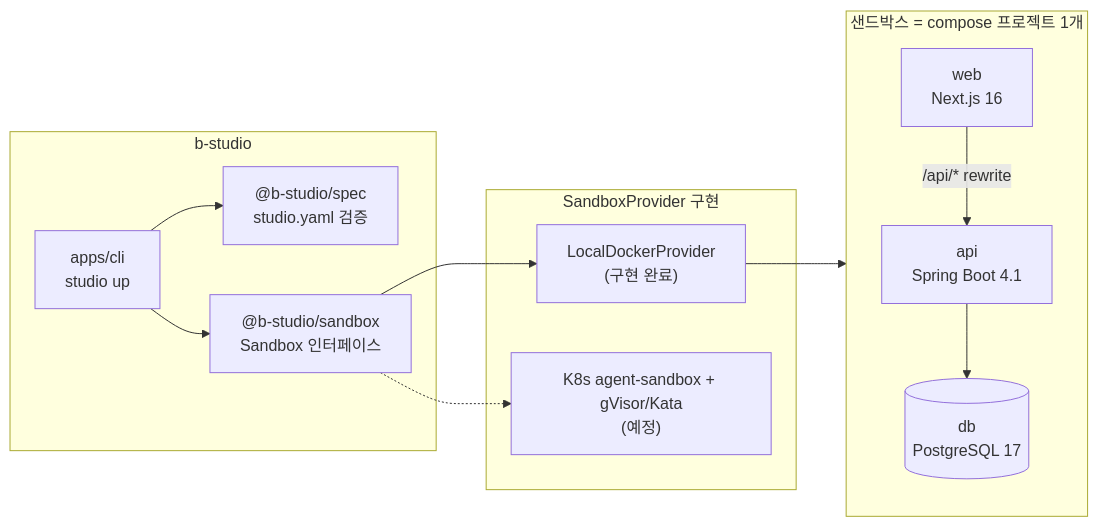
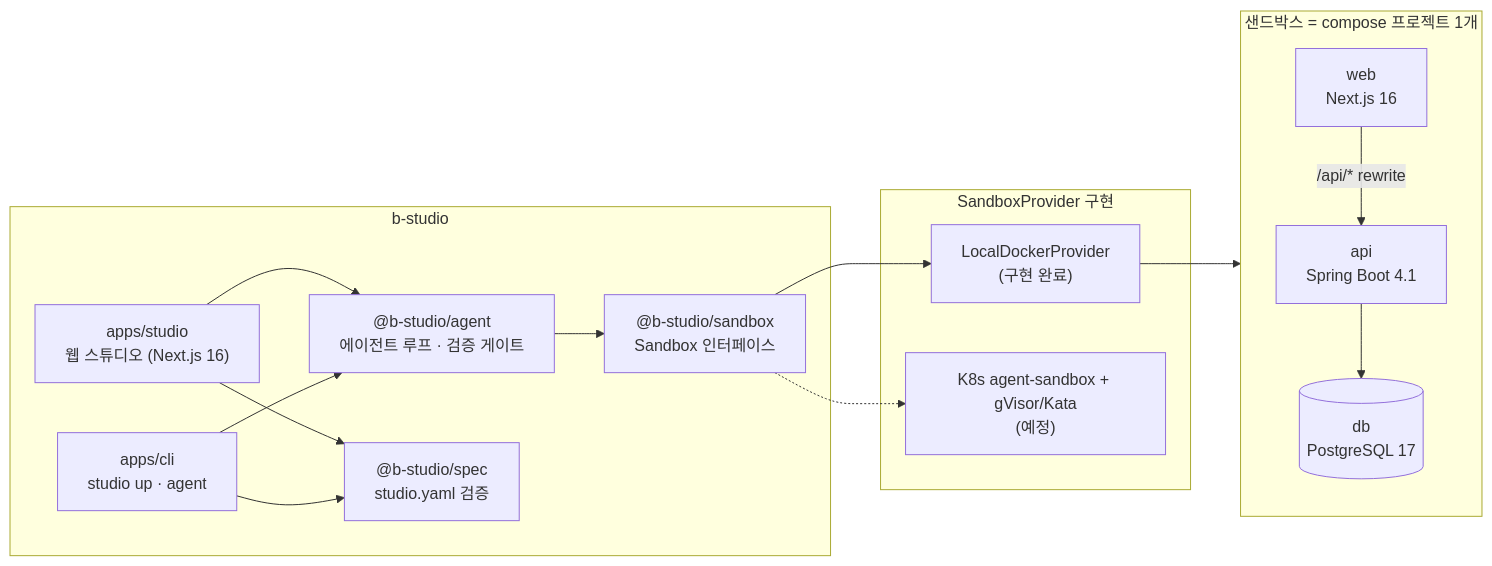
The first of 2 diagrams in README.md (dj258255/b-studio), drawn with Mermaid before and after one commit. The commit also changed other lines of this file and 59 other files, not shown here.

First line of the commit message:
feat(studio): 웹 스튜디오 (대화, 미리보기, API 탐색기, 로그)

````diff
--- a/README.md
+++ b/README.md
@@ -36,27 +39,32 @@
 ```mermaid
 flowchart LR
   subgraph Studio["b-studio"]
-    CLI["apps/cli<br/>studio up"]
+    UI["apps/studio<br/>웹 스튜디오 (Next.js 16)"]
+    CLI["apps/cli<br/>studio up · agent"]
+    AG["@b-studio/agent<br/>에이전트 루프 · 검증 게이트"]
     SPEC["@b-studio/spec<br/>studio.yaml 검증"]
     SB["@b-studio/sandbox<br/>Sandbox 인터페이스"]
   end
 
   subgraph Providers["SandboxProvider 구현"]
     LD["LocalDockerProvider<br/>(구현 완료)"]
     K8S["K8s agent-sandbox + gVisor/Kata<br/>(예정)"]
   end
 
   subgraph Box["샌드박스 = compose 프로젝트 1개"]
     WEB["web<br/>Next.js 16"]
     API["api<br/>Spring Boot 4.1"]
     DB[("db<br/>PostgreSQL 17")]
   end
 
+  UI --> AG
+  CLI --> AG
+  UI --> SPEC
   CLI --> SPEC
-  CLI --> SB
+  AG --> SB
   SB --> LD
   SB -.-> K8S
   LD --> Box
   WEB -- "/api/* rewrite" --> API
   API --> DB
 ```
````
